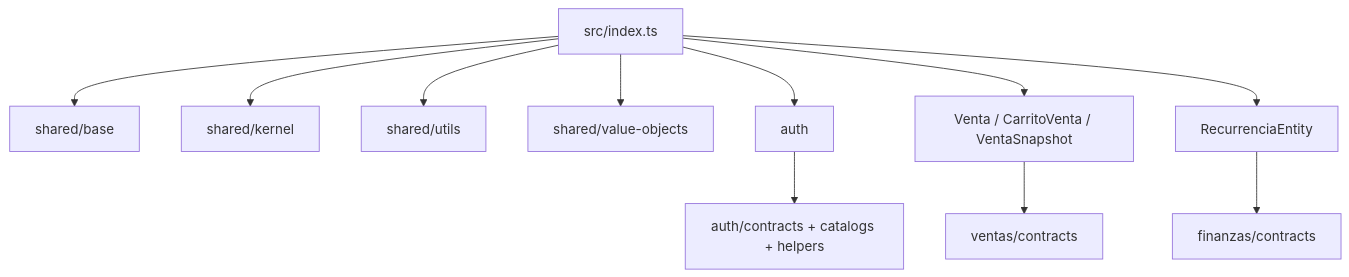
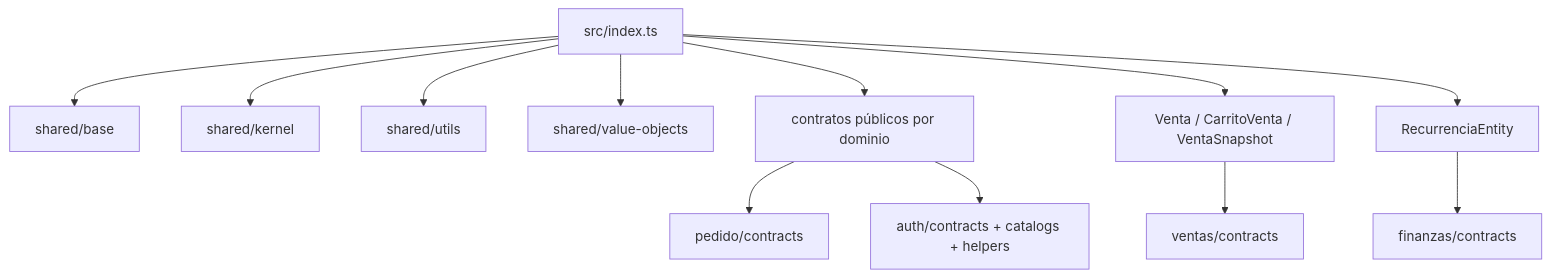
Before and after one commit to yelsino/yolafresh-utils: the diagram in src/docs/core/arquitectura-vigente.md, drawn with Mermaid. The commit also changed other lines of this file and 50 other files, not shown here.

````diff
--- a/src/docs/core/arquitectura-vigente.md
+++ b/src/docs/core/arquitectura-vigente.md
@@ -124,14 +130,15 @@
 ```mermaid
 flowchart TD
   Root[src/index.ts] --> Base[shared/base]
   Root --> Kernel[shared/kernel]
   Root --> Utils[shared/utils]
   Root --> ValueObjects[shared/value-objects]
-  Root --> Auth[auth]
+  Root --> Contracts[contratos públicos por dominio]
   Root --> Ventas[Venta / CarritoVenta / VentaSnapshot]
   Root --> Recurrencia[RecurrenciaEntity]
 
-  Auth --> AuthContracts[auth/contracts + catalogs + helpers]
+  Contracts --> Pedido[pedido/contracts]
+  Contracts --> Auth[auth/contracts + catalogs + helpers]
   Ventas --> VentasContracts[ventas/contracts]
   Recurrencia --> FinanzasContracts[finanzas/contracts]
 ```
````
